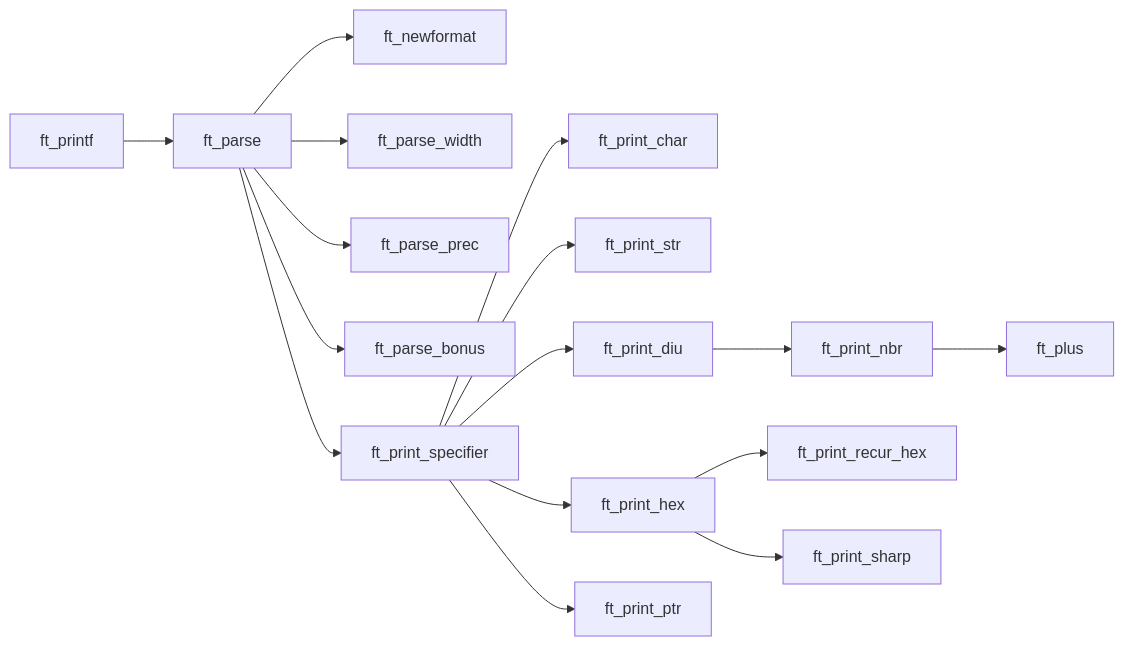
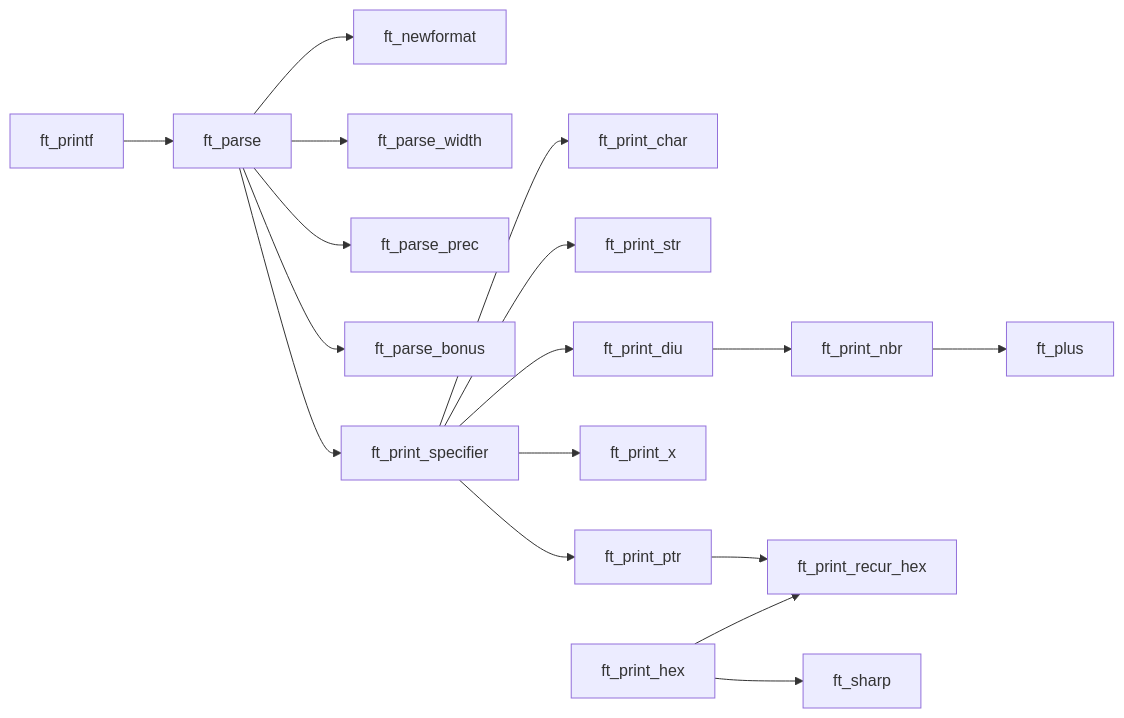
The second of 2 diagrams in README.md (PedroZappa/42_ft_printf), drawn with Mermaid before and after one commit. The commit also changed other lines of this file and 3 other files, not shown here.

````diff
--- a/README.md
+++ b/README.md
@@ -181,21 +181,22 @@
 ```mermaid
 ---
 title ft_printf Processing Flow
 ---
 graph LR;
     ft_printf-->ft_parse;
     ft_parse-->ft_newformat;
     ft_parse-->ft_parse_width;
     ft_parse-->ft_parse_prec;
     ft_parse-->ft_parse_bonus;
     ft_parse-->ft_print_specifier;
     ft_print_specifier-->ft_print_char;
     ft_print_specifier-->ft_print_str;
     ft_print_specifier-->ft_print_diu;
-    ft_print_specifier-->ft_print_hex;
+    ft_print_specifier-->ft_print_x;
     ft_print_specifier-->ft_print_ptr;
     ft_print_diu-->ft_print_nbr;
     ft_print_nbr-->ft_plus;
     ft_print_hex-->ft_print_recur_hex;
-    ft_print_hex-->ft_print_sharp;
+    ft_print_hex-->ft_sharp;
+    ft_print_ptr-->ft_print_recur_hex;
 ```
````
